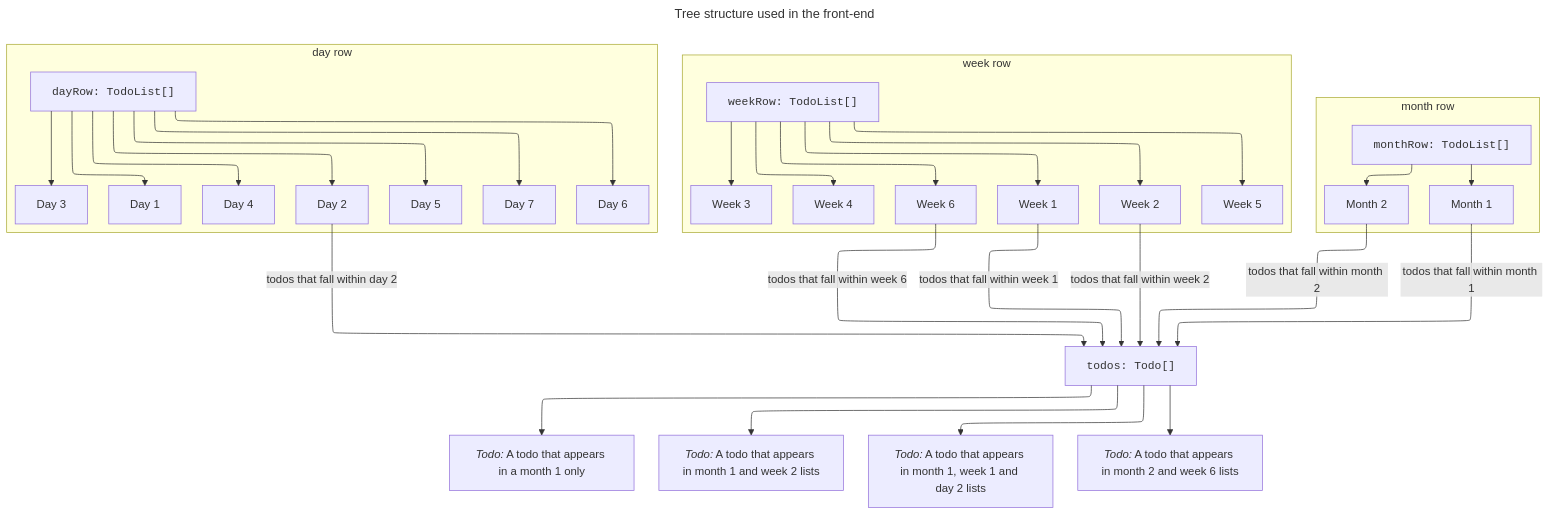
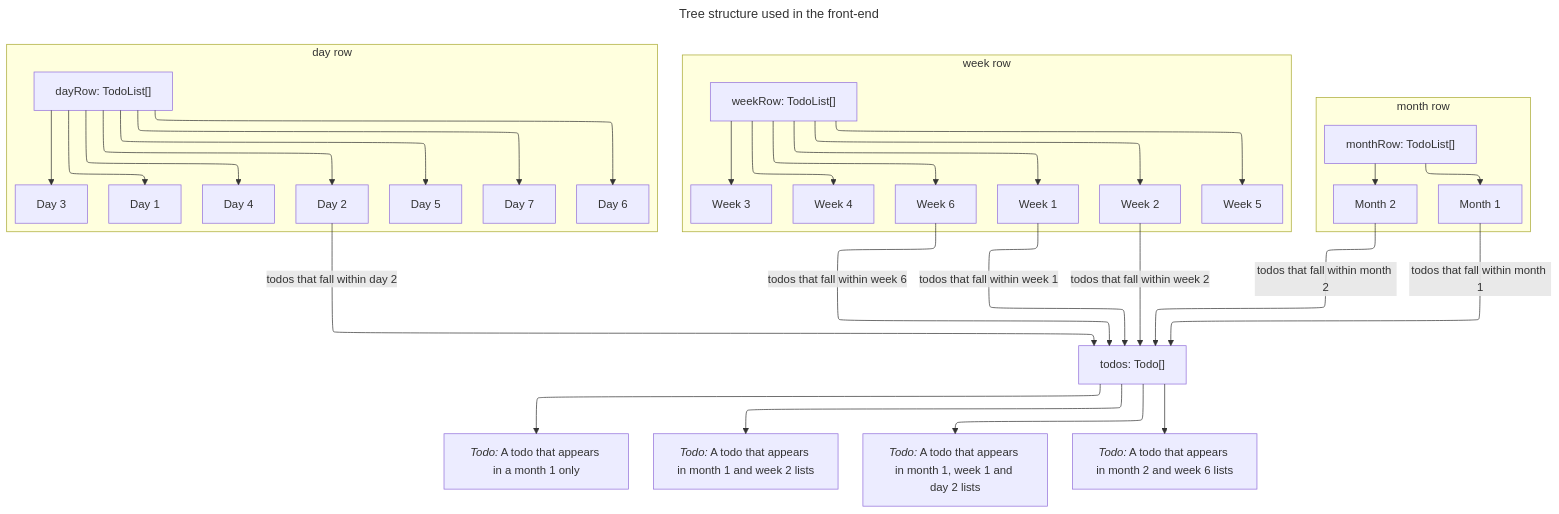
Before and after one commit to colinfwren/atomic-todo: the fourth of 4 diagrams in docs/adr/0001-move-from-tree-based-data-structure-to-filtered-query.md, drawn with Mermaid. The commit also changed other lines of this file, not shown here.

Commit message:
Fixing issues rendering Mermaid in ADR0001 on Github

````diff
--- a/docs/adr/0001-move-from-tree-based-data-structure-to-filtered-query.md
+++ b/docs/adr/0001-move-from-tree-based-data-structure-to-filtered-query.md
@@ -156,68 +157,68 @@
 ```mermaid
 ---
 title: Tree structure used in the front-end
 ---
 %%{init: {"flowchart": {"defaultRenderer": "elk"}} }%%
 flowchart
     todo1[<em>Todo:</em> A todo that appears in a month 1 only]
     todo2[<em>Todo:</em> A todo that appears in month 1 and week 2 lists]
     todo3[<em>Todo:</em> A todo that appears in month 1, week 1 and day 2 lists]
     todo4[<em>Todo:</em> A todo that appears in month 2 and week 6 lists]
 
     dayTodoList1["Day 1"]
     dayTodoList2["Day 2"]
     dayTodoList3["Day 3"]
     dayTodoList4["Day 4"]
     dayTodoList5["Day 5"]
     dayTodoList6["Day 6"]
     dayTodoList7["Day 7"]
     weekTodoList1["Week 1"]
     weekTodoList2["Week 2"]
     weekTodoList3["Week 3"]
     weekTodoList4["Week 4"]
     weekTodoList5["Week 5"]
     weekTodoList6["Week 6"]
     monthTodoList1["Month 1"]
     monthTodoList2["Month 2"]
     
-    todos[<code>todos: Todo&lsqb;&rsqb;</code>]
-    monthRow[<code>monthRow: TodoList&lsqb;&rsqb;</code>]
-    weekRow[<code>weekRow: TodoList&lsqb;&rsqb;</code>]
-    dayRow[<code>dayRow: TodoList&lsqb;&rsqb;</code>]
+    todos["`todos: Todo[]`"]
+    monthRow["`monthRow: TodoList[]`"]
+    weekRow["`weekRow: TodoList[]`"]
+    dayRow["`dayRow: TodoList[]`"]
     
     todos-->todo1
     todos-->todo2
     todos-->todo3
     todos-->todo4
 
     subgraph month row
     monthRow-->monthTodoList1
     monthRow-->monthTodoList2
     end
 
     subgraph week row
     weekRow-->weekTodoList1
     weekRow-->weekTodoList2
     weekRow-->weekTodoList3
     weekRow-->weekTodoList4
     weekRow-->weekTodoList5
     weekRow-->weekTodoList6
     end
 
     subgraph day row
     dayRow-->dayTodoList1
     dayRow-->dayTodoList2
     dayRow-->dayTodoList3
     dayRow-->dayTodoList4
     dayRow-->dayTodoList5
     dayRow-->dayTodoList6
     dayRow-->dayTodoList7
     end
 
     dayTodoList2-- todos that fall within day 2-->todos
     weekTodoList1-- todos that fall within week 1-->todos
     weekTodoList2-- todos that fall within week 2-->todos
     weekTodoList6-- todos that fall within week 6-->todos
     monthTodoList1-- todos that fall within month 1-->todos
     monthTodoList2-- todos that fall within month 2-->todos
 ```
````
